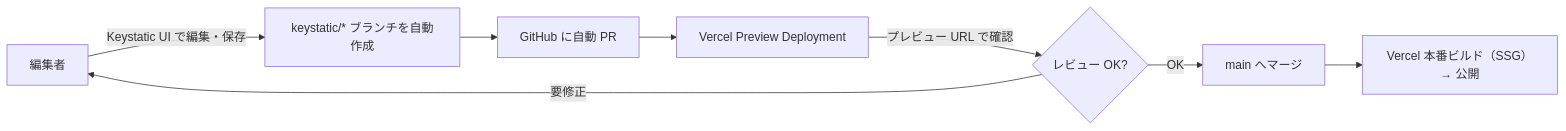
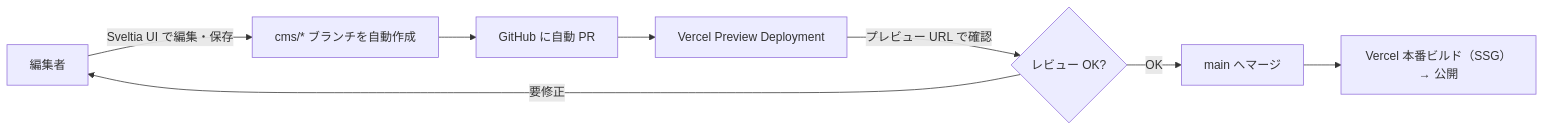
The third of 4 diagrams in README.md (keroway/astro-blog), drawn with Mermaid before and after one commit. The commit also changed other lines of this file and 16 other files, not shown here.

Commit message:
CMS を Keystatic から Sveltia CMS へ移行 (ADR 0016)

````diff
--- a/README.md
+++ b/README.md
@@ -138,10 +139,10 @@
 ```mermaid
 flowchart LR
-    A["編集者"] -->|Keystatic UI で編集・保存| B["keystatic/* ブランチを自動作成"]
+    A["編集者"] -->|Sveltia UI で編集・保存| B["cms/* ブランチを自動作成"]
     B --> C["GitHub に自動 PR"]
     C --> D["Vercel Preview Deployment"]
     D -->|プレビュー URL で確認| E{"レビュー OK?"}
     E -->|要修正| A
     E -->|OK| F["main へマージ"]
     F --> G["Vercel 本番ビルド（SSG）→ 公開"]
 ```
````
